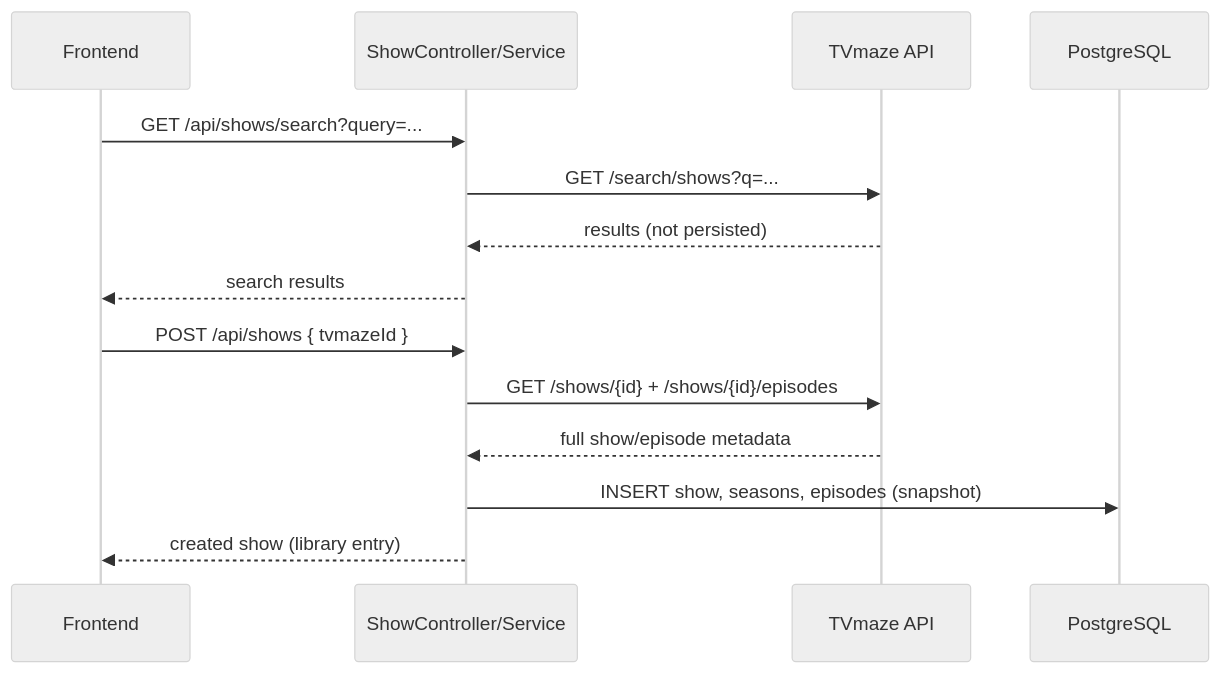
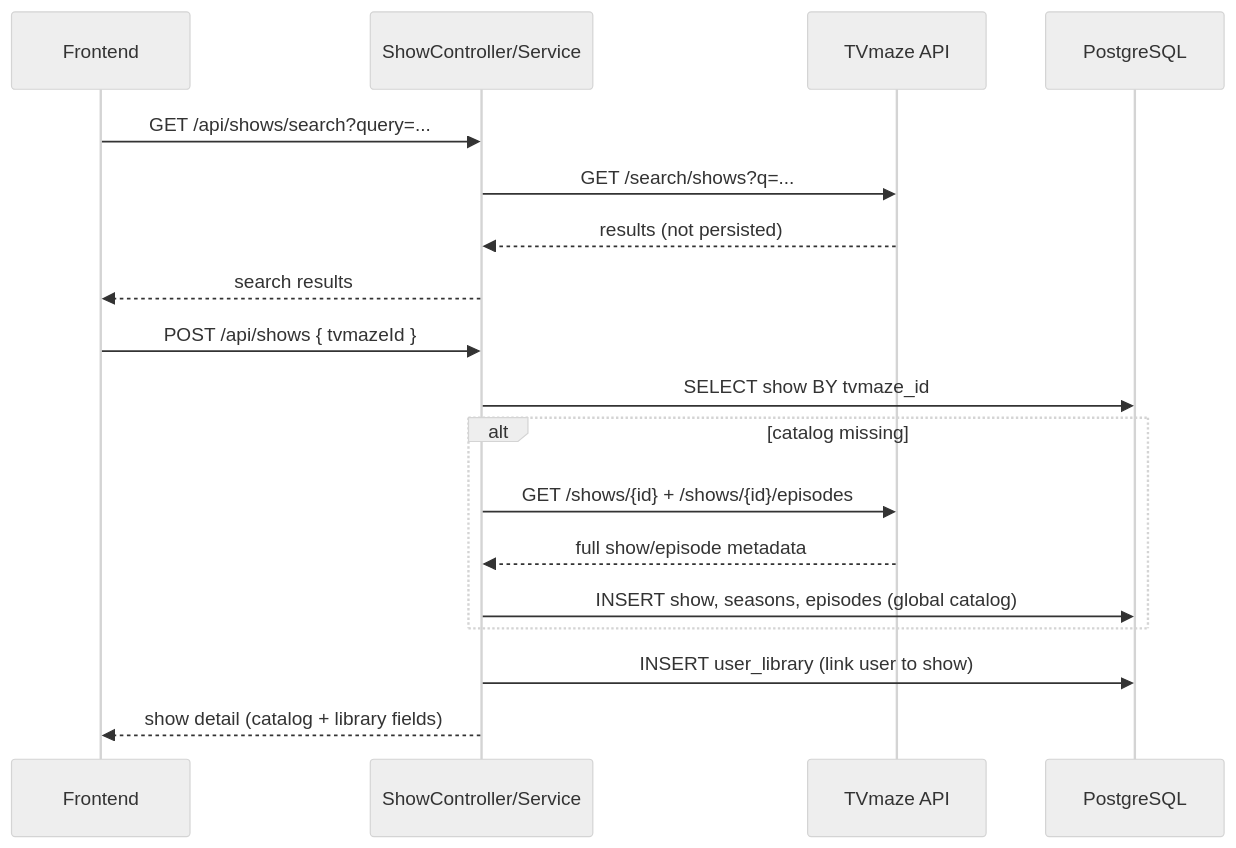
One commit to CaptainCluster/shogunate changed the third of 4 diagrams in docs/ARCHITECTURE.md. Above: the diagram before and after it, drawn with Mermaid (neutral theme). The commit also changed other lines of this file and 55 other files, not shown here.

First line of the commit message:
feat(show): implement shared TV show catalog and library

````diff
--- a/docs/ARCHITECTURE.md
+++ b/docs/ARCHITECTURE.md
@@ -207,18 +219,22 @@
 ```mermaid
 sequenceDiagram
     participant FE as Frontend
     participant API as ShowController/Service
     participant TVMAZE as TVmaze API
     participant DB as PostgreSQL
 
     FE->>API: GET /api/shows/search?query=...
     API->>TVMAZE: GET /search/shows?q=...
     TVMAZE-->>API: results (not persisted)
     API-->>FE: search results
 
     FE->>API: POST /api/shows { tvmazeId }
-    API->>TVMAZE: GET /shows/{id} + /shows/{id}/episodes
-    TVMAZE-->>API: full show/episode metadata
-    API->>DB: INSERT show, seasons, episodes (snapshot)
-    API-->>FE: created show (library entry)
+    API->>DB: SELECT show BY tvmaze_id
+    alt catalog missing
+        API->>TVMAZE: GET /shows/{id} + /shows/{id}/episodes
+        TVMAZE-->>API: full show/episode metadata
+        API->>DB: INSERT show, seasons, episodes (global catalog)
+    end
+    API->>DB: INSERT user_library (link user to show)
+    API-->>FE: show detail (catalog + library fields)
 ```
````
